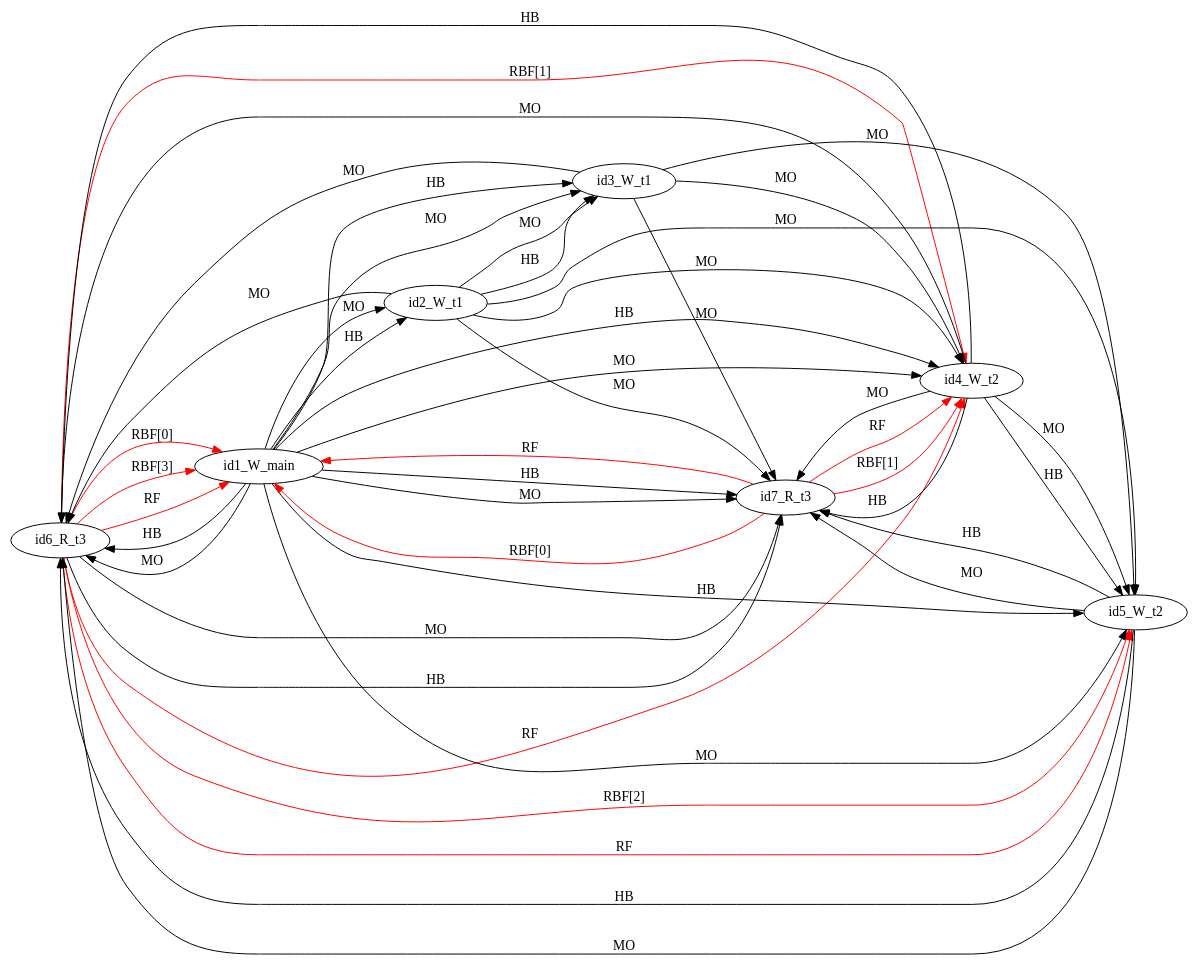
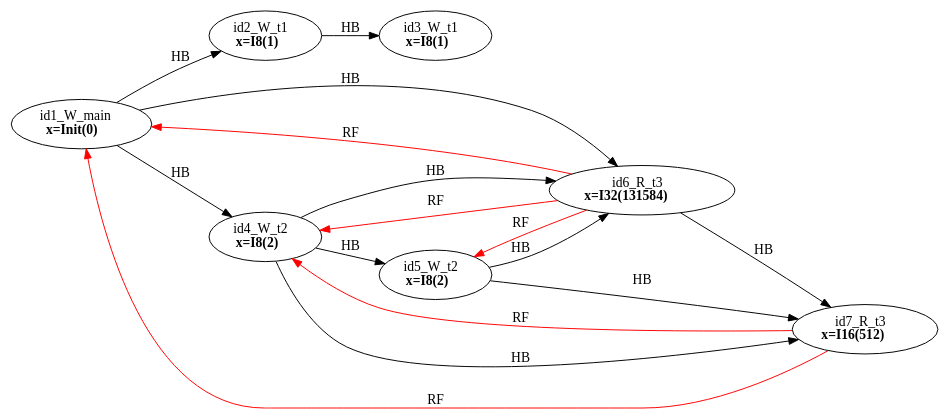
Before and after one commit to FMJS/EMME: the diagram in examples/single_var/sv_simple14/mm14.dot, drawn with Graphviz. The commit also changed 528 other files, not shown here.

```diff
--- a/examples/single_var/sv_simple14/mm14.dot
+++ b/examples/single_var/sv_simple14/mm14.dot
@@ -1,48 +1,26 @@
 digraph memory_model {
 rankdir=LR;
-id6_R_t3 -> id1_W_main [label = "RBF[0]", color="red"];
-id6_R_t3 -> id1_W_main [label = "RBF[3]", color="red"];
-id6_R_t3 -> id4_W_t2 [label = "RBF[1]", color="red"];
-id6_R_t3 -> id5_W_t2 [label = "RBF[2]", color="red"];
-id7_R_t3 -> id1_W_main [label = "RBF[0]", color="red"];
-id7_R_t3 -> id4_W_t2 [label = "RBF[1]", color="red"];
+splines=true; esep=0.5;
+id2_W_t1 -> id3_W_t1 [label = "HB", color="black"];
+id4_W_t2 -> id5_W_t2 [label = "HB", color="black"];
+id6_R_t3 -> id7_R_t3 [label = "HB", color="black"];
+id1_W_main -> id2_W_t1 [label = "HB", color="black"];
+id1_W_main -> id4_W_t2 [label = "HB", color="black"];
+id1_W_main -> id6_R_t3 [label = "HB", color="black"];
+id4_W_t2 -> id6_R_t3 [label = "HB", color="black"];
+id4_W_t2 -> id7_R_t3 [label = "HB", color="black"];
+id5_W_t2 -> id6_R_t3 [label = "HB", color="black"];
+id5_W_t2 -> id7_R_t3 [label = "HB", color="black"];
 id6_R_t3 -> id1_W_main [label = "RF", color="red"];
 id6_R_t3 -> id4_W_t2 [label = "RF", color="red"];
 id6_R_t3 -> id5_W_t2 [label = "RF", color="red"];
 id7_R_t3 -> id1_W_main [label = "RF", color="red"];
 id7_R_t3 -> id4_W_t2 [label = "RF", color="red"];
-id2_W_t1 -> id3_W_t1 [label = "HB", color="black"];
-id4_W_t2 -> id5_W_t2 [label = "HB", color="black"];
-id6_R_t3 -> id7_R_t3 [label = "HB", color="black"];
-id1_W_main -> id2_W_t1 [label = "HB", color="black"];
-id1_W_main -> id3_W_t1 [label = "HB", color="black"];
-id1_W_main -> id4_W_t2 [label = "HB", color="black"];
-id1_W_main -> id5_W_t2 [label = "HB", color="black"];
-id1_W_main -> id6_R_t3 [label = "HB", color="black"];
-id1_W_main -> id7_R_t3 [label = "HB", color="black"];
-id4_W_t2 -> id6_R_t3 [label = "HB", color="black"];
-id4_W_t2 -> id7_R_t3 [label = "HB", color="black"];
-id5_W_t2 -> id6_R_t3 [label = "HB", color="black"];
-id5_W_t2 -> id7_R_t3 [label = "HB", color="black"];
-id2_W_t1 -> id3_W_t1 [label = "MO", color="black"];
-id4_W_t2 -> id5_W_t2 [label = "MO", color="black"];
-id6_R_t3 -> id7_R_t3 [label = "MO", color="black"];
-id1_W_main -> id2_W_t1 [label = "MO", color="black"];
-id1_W_main -> id3_W_t1 [label = "MO", color="black"];
-id1_W_main -> id4_W_t2 [label = "MO", color="black"];
-id1_W_main -> id5_W_t2 [label = "MO", color="black"];
-id1_W_main -> id6_R_t3 [label = "MO", color="black"];
-id1_W_main -> id7_R_t3 [label = "MO", color="black"];
-id2_W_t1 -> id4_W_t2 [label = "MO", color="black"];
-id2_W_t1 -> id5_W_t2 [label = "MO", color="black"];
-id2_W_t1 -> id6_R_t3 [label = "MO", color="black"];
-id2_W_t1 -> id7_R_t3 [label = "MO", color="black"];
-id3_W_t1 -> id4_W_t2 [label = "MO", color="black"];
-id3_W_t1 -> id5_W_t2 [label = "MO", color="black"];
-id3_W_t1 -> id6_R_t3 [label = "MO", color="black"];
-id3_W_t1 -> id7_R_t3 [label = "MO", color="black"];
-id4_W_t2 -> id6_R_t3 [label = "MO", color="black"];
-id4_W_t2 -> id7_R_t3 [label = "MO", color="black"];
-id5_W_t2 -> id6_R_t3 [label = "MO", color="black"];
-id5_W_t2 -> id7_R_t3 [label = "MO", color="black"];
+id1_W_main [label=<id1_W_main<br/><B>x=Init(0)</B>>, pos="5.0,4!"]
+id2_W_t1 [label=<id2_W_t1<br/><B>x=I8(1)</B>>, pos="0,2!"]
+id3_W_t1 [label=<id3_W_t1<br/><B>x=I8(1)</B>>, pos="0,0!"]
+id4_W_t2 [label=<id4_W_t2<br/><B>x=I8(2)</B>>, pos="5,2!"]
+id5_W_t2 [label=<id5_W_t2<br/><B>x=I8(2)</B>>, pos="5,0!"]
+id6_R_t3 [label=<id6_R_t3<br/><B>x=I32(131584)</B>>, pos="10,2!"]
+id7_R_t3 [label=<id7_R_t3<br/><B>x=I16(512)</B>>, pos="10,0!"]
 }
```
